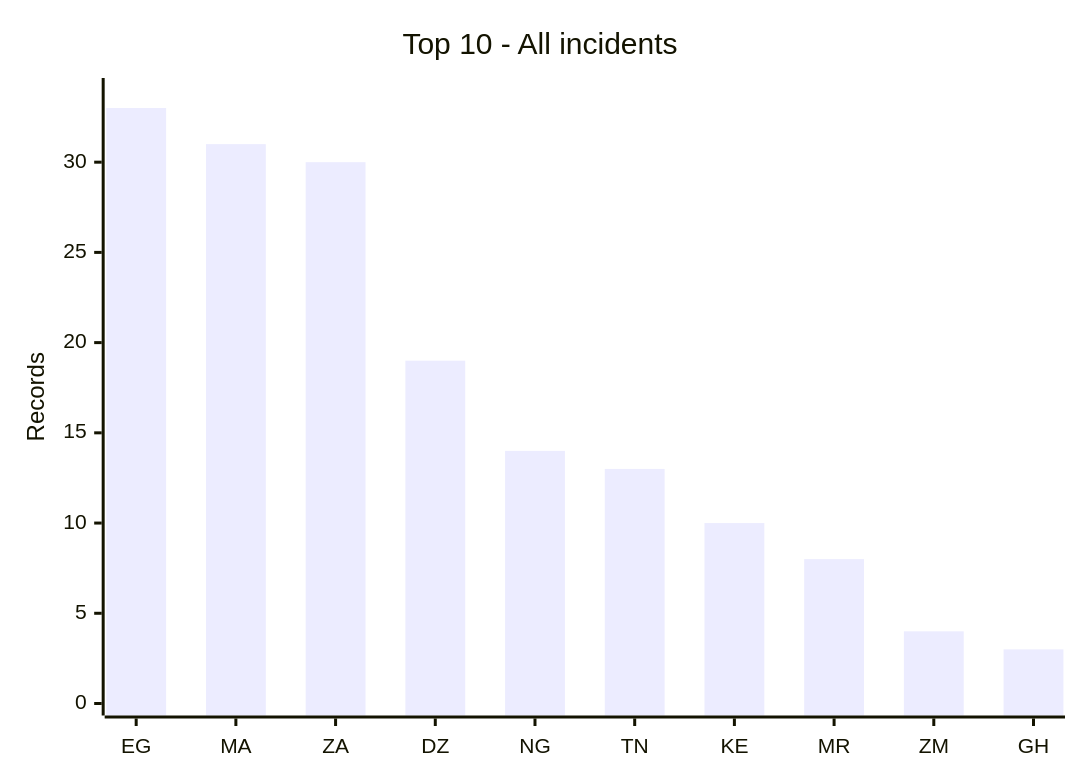
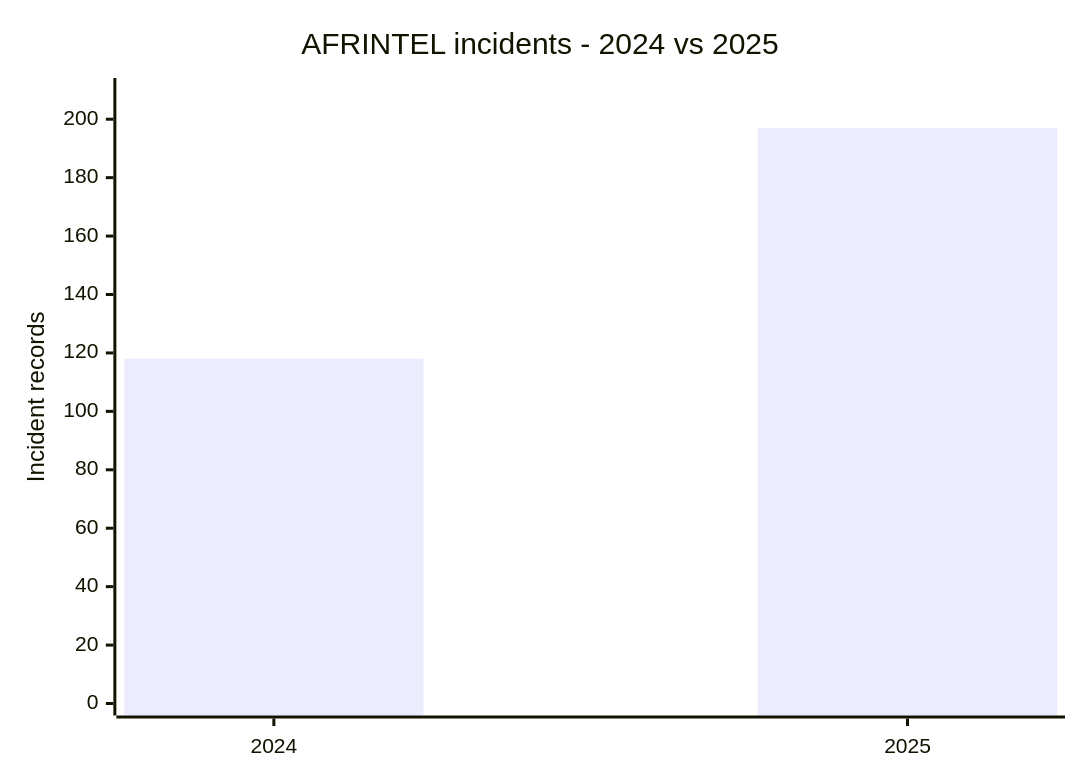
Before and after one commit to Hatchepsoute/AFRINTEL: the first of 5 diagrams in CyberAttackAfrica/2025/README.md, drawn with Mermaid. The commit also changed other lines of this file and 35 other files, not shown here.

````diff
--- a/CyberAttackAfrica/2025/README.md
+++ b/CyberAttackAfrica/2025/README.md
@@ -65,7 +63,7 @@
 ```mermaid
-xychart
-    title "Top 10 - All incidents"
-    x-axis ["EG","MA","ZA","DZ","NG","TN","KE","MR","ZM","GH"]
-    y-axis "Records" 0 --> 34
-    bar [33,31,30,19,14,13,10,8,4,3]
+xychart-beta
+    title "AFRINTEL incidents - 2024 vs 2025"
+    x-axis ["2024","2025"]
+    y-axis "Incident records" 0 --> 210
+    bar [118,197]
 ```
````
